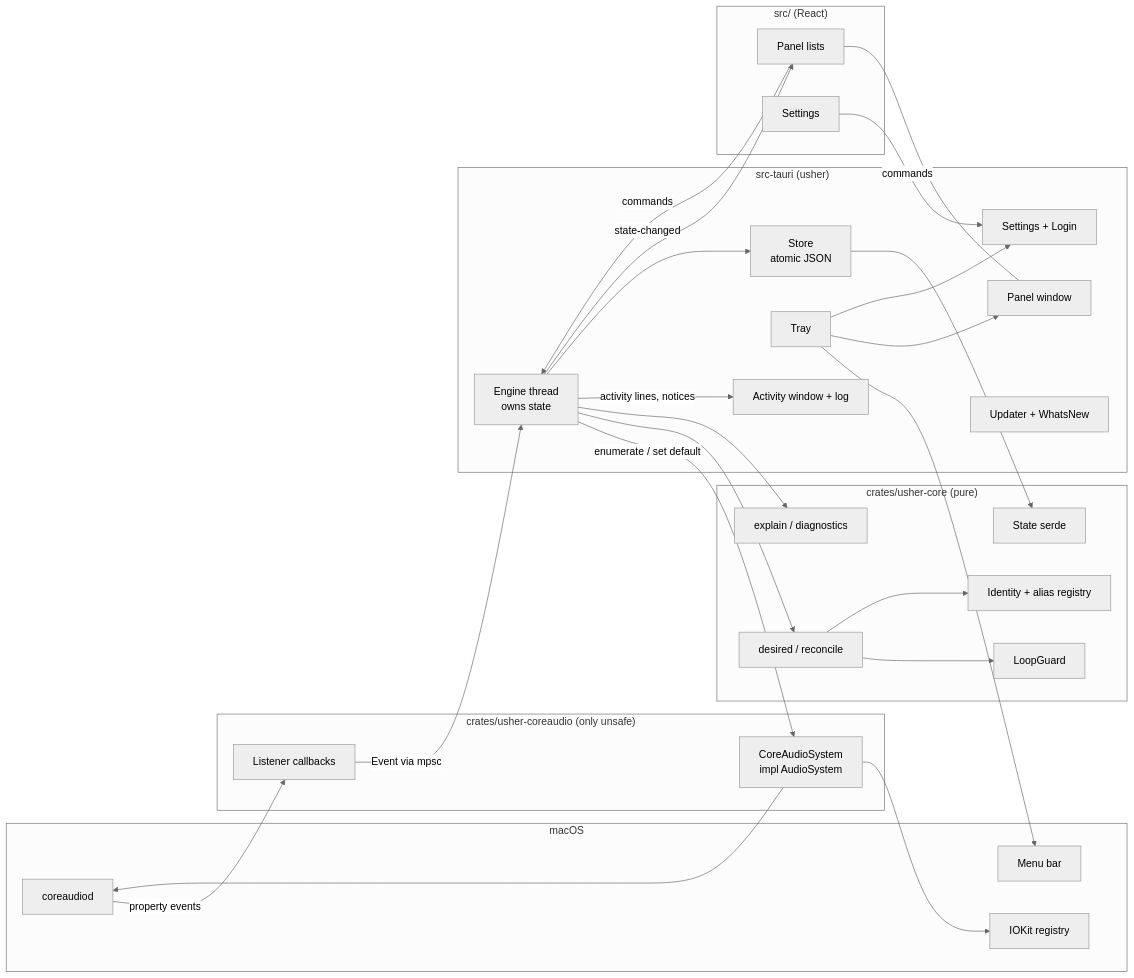
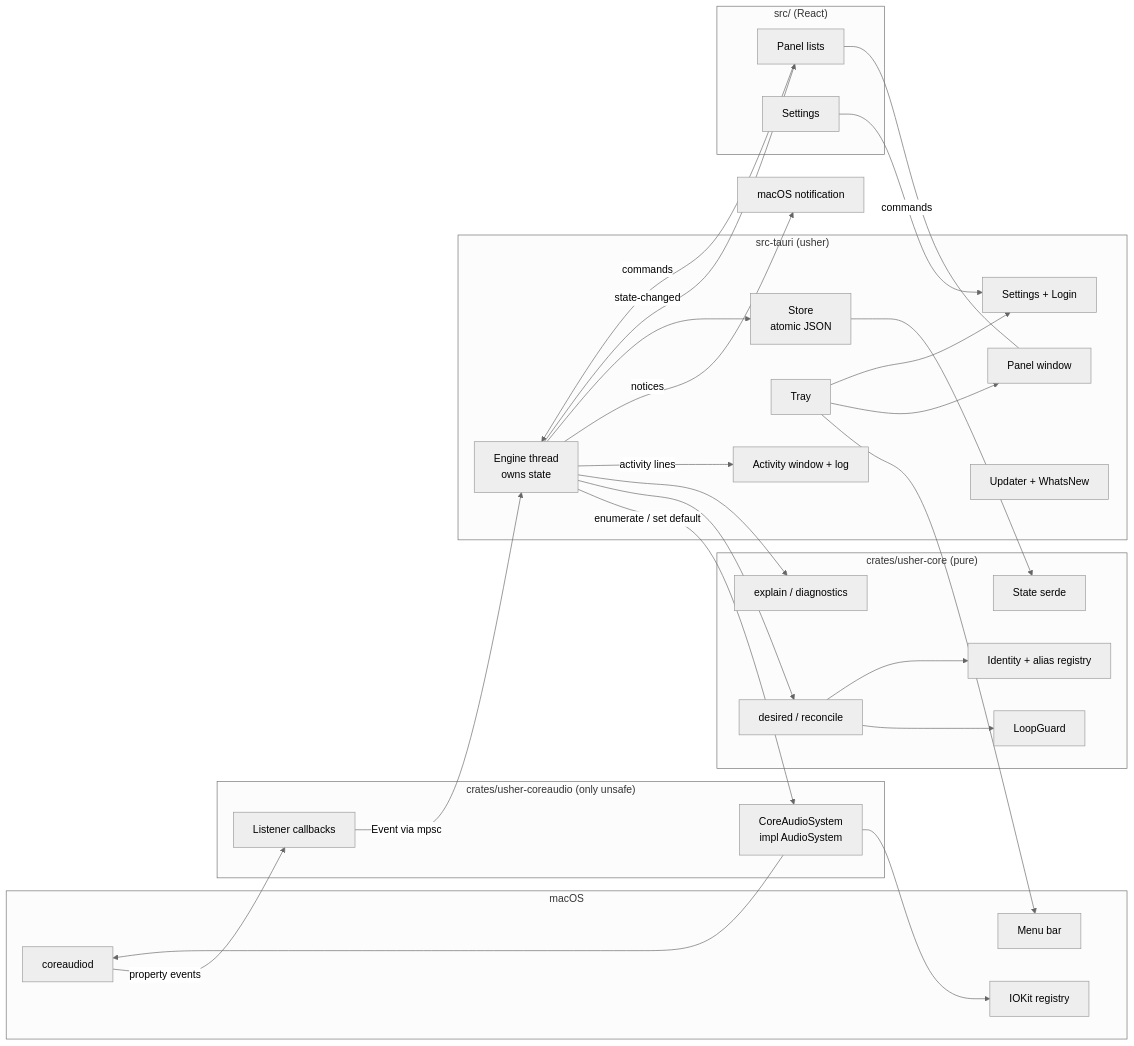
One commit to cef62/usher changed the first of 5 diagrams in docs/architecture/overview.md. Above: the diagram before and after it, drawn with Mermaid (neutral theme). The commit also changed 15 other files, not shown here.

````diff
--- a/docs/architecture/overview.md
+++ b/docs/architecture/overview.md
@@ -7,56 +7,57 @@
 ```mermaid
 flowchart LR
   subgraph macOS
     CA[coreaudiod]
     IOK[IOKit registry]
     TRAY[Menu bar]
   end
 
   subgraph coreaudio["crates/usher-coreaudio (only unsafe)"]
     SYS[CoreAudioSystem<br/>impl AudioSystem]
     LIS[Listener callbacks]
   end
 
   subgraph core["crates/usher-core (pure)"]
     POL[desired / reconcile]
     GUARD[LoopGuard]
     ID[Identity + alias registry]
     ST[State serde]
     ACTV[explain / diagnostics]
   end
 
   subgraph app["src-tauri (usher)"]
     ENG[Engine thread<br/>owns state]
     STORE[Store<br/>atomic JSON]
     TRAYW[Tray]
     PW[Panel window]
     SL[Settings + Login]
     UPD[Updater + WhatsNew]
     ACT[Activity window + log]
   end
 
   subgraph ui["src/ (React)"]
     PANEL[Panel lists]
     SET[Settings]
   end
 
   CA -- property events --> LIS
   LIS -- Event via mpsc --> ENG
   ENG -- enumerate / set default --> SYS
   SYS --> CA
   SYS --> IOK
   ENG --> POL
   POL --> GUARD
   POL --> ID
   ENG --> ACTV
-  ENG -- activity lines, notices --> ACT
+  ENG -- activity lines --> ACT
+  ENG -- notices --> NOTE[macOS notification]
   ENG --> STORE
   STORE --> ST
   ENG -- state-changed --> PANEL
   PANEL -- commands --> ENG
   TRAYW --> TRAY
   TRAYW --> PW
   TRAYW --> SL
   PANEL --- PW
   SET -- commands --> SL
 ```
````
